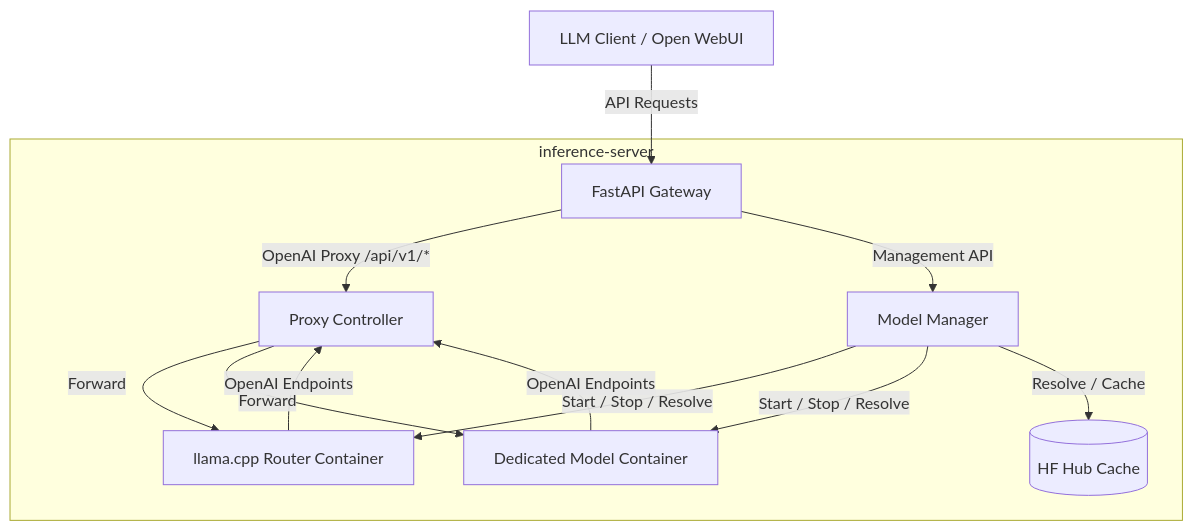
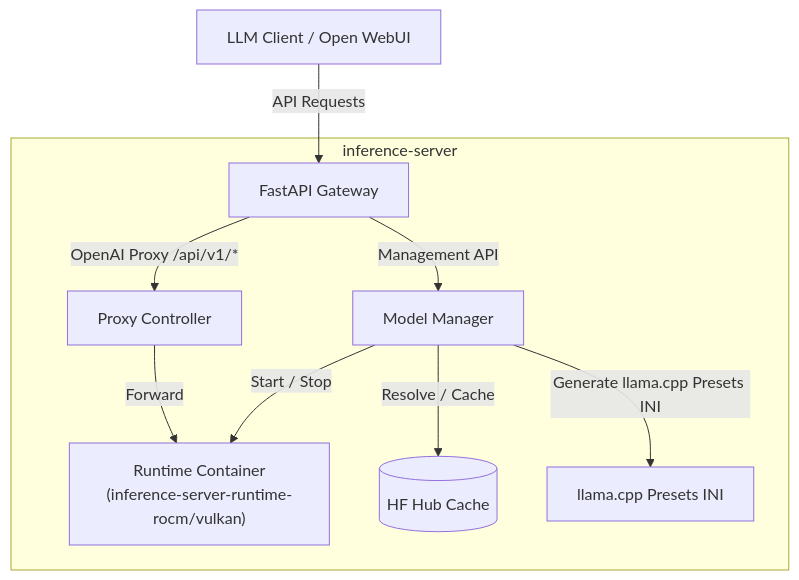
One commit to eld120/inference-server changed the diagram in docs/architecture.md. Above: the diagram before and after it, drawn with Mermaid. The commit also changed other lines of this file and 4 other files, not shown here.

Commit message:
Refactor documentation to enhance clarity on model and runtime management, API endpoints, and configuration details

````diff
--- a/docs/architecture.md
+++ b/docs/architecture.md
@@ -7,17 +17,15 @@
 ```mermaid
 graph TD
     Client["LLM Client / Open WebUI"] -->|API Requests| Gateway["FastAPI Gateway"]
 
     subgraph inference-server
         Gateway -->|"OpenAI Proxy /api/v1/*"| Proxy["Proxy Controller"]
         Gateway -->|Management API| Mgr["Model Manager"]
-        Proxy -->|Forward| Router["llama.cpp Router Container"]
-        Proxy -->|Forward| Container["Dedicated Model Container"]
-        Mgr -->|Start / Stop / Resolve| Router
-        Mgr -->|Start / Stop / Resolve| Container
+        
+        Mgr -->|Start / Stop| Container["Runtime Container<br>(inference-server-runtime-rocm/vulkan)"]
         Mgr -->|Resolve / Cache| Cache[("HF Hub Cache")]
+        Mgr -->|Generate llama.cpp Presets INI| ConfigFiles["llama.cpp Presets INI"]
+        
+        Proxy -->|Forward| Container
     end
-
-    Router -->|OpenAI Endpoints| Proxy
-    Container -->|OpenAI Endpoints| Proxy
 ```
````
